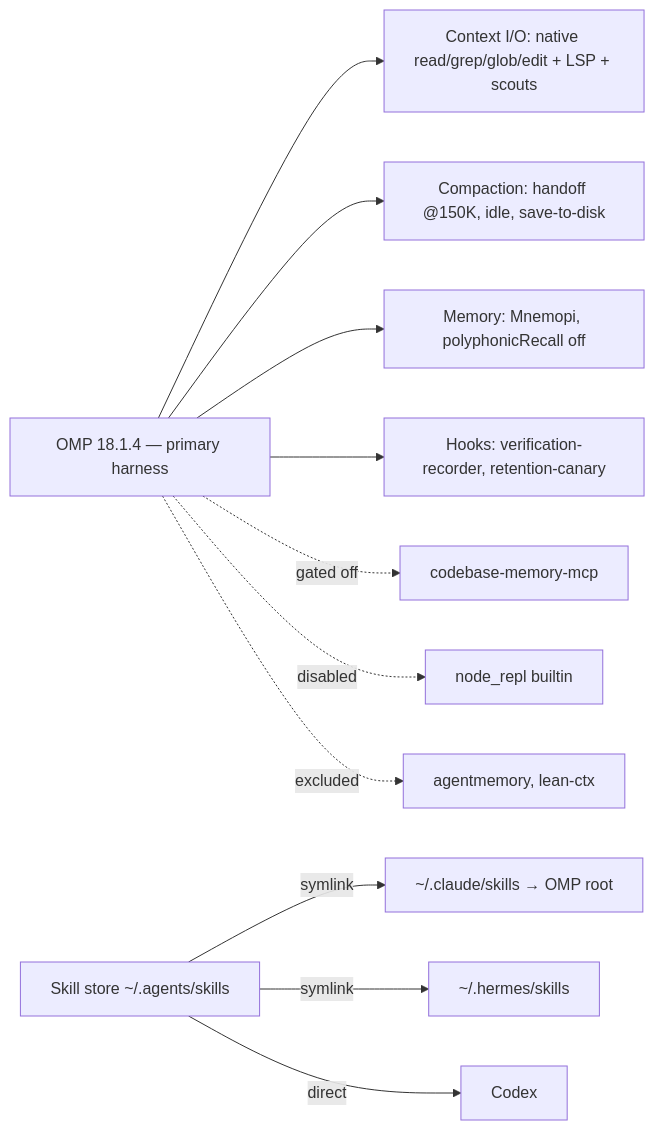
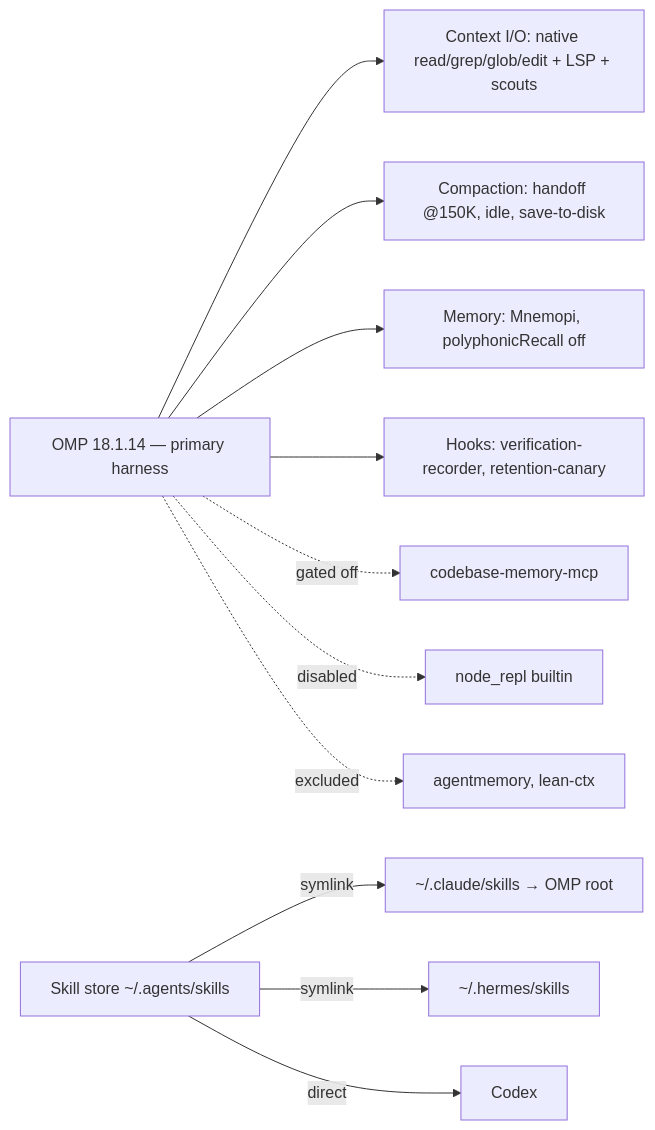
One commit to MihaiA24/agentic-env changed the diagram in DECISIONS_AI_TOOLING.md. Above: the diagram before and after it, drawn with Mermaid. The commit also changed other lines of this file and 1 other file, not shown here.

Commit message:
chore(agentic-env): refresh OMP and Codex pins (MihaiA24/.dotfiles#32)

````diff
--- a/DECISIONS_AI_TOOLING.md
+++ b/DECISIONS_AI_TOOLING.md
@@ -19,13 +19,13 @@
 ```mermaid
 flowchart LR
-  OMP[OMP 18.1.4 — primary harness] --> IO[Context I/O: native read/grep/glob/edit + LSP + scouts]
+  OMP[OMP 18.1.14 — primary harness] --> IO[Context I/O: native read/grep/glob/edit + LSP + scouts]
   OMP --> CMP[Compaction: handoff @150K, idle, save-to-disk]
   OMP --> MEM[Memory: Mnemopi, polyphonicRecall off]
   OMP --> HK[Hooks: verification-recorder, retention-canary]
   OMP -.gated off.-> CG[codebase-memory-mcp]
   OMP -.disabled.-> NR[node_repl builtin]
   OMP -.excluded.-> AM[agentmemory, lean-ctx]
   SK[Skill store ~/.agents/skills] -->|symlink| CS[~/.claude/skills → OMP root]
   SK -->|symlink| HS[~/.hermes/skills]
   SK -->|direct| CX[Codex]
 ```
````
